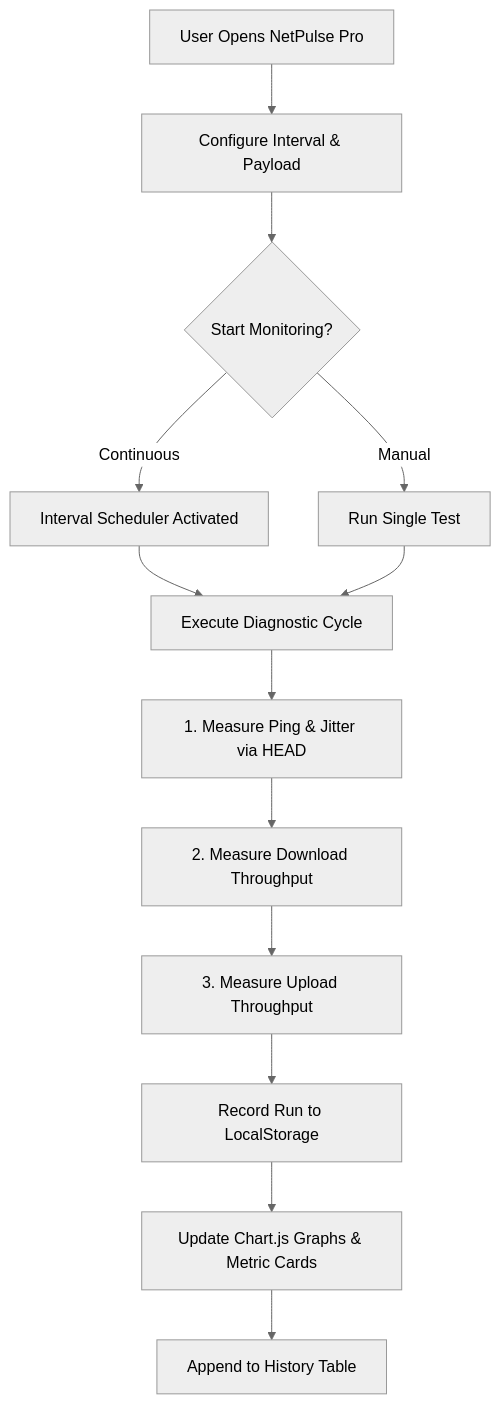
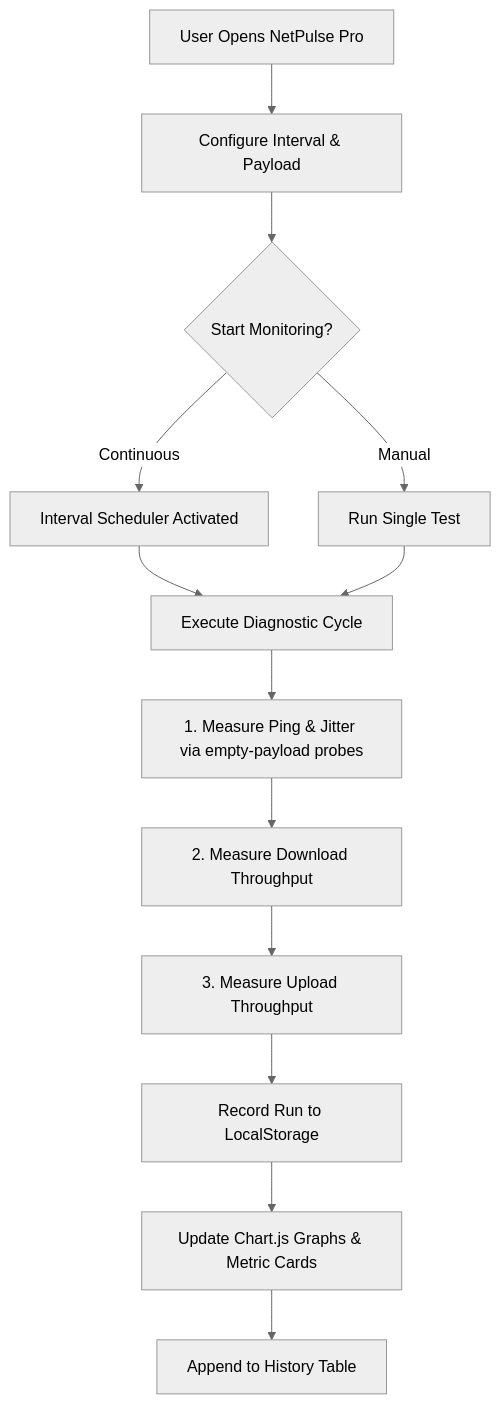
One commit to theneotic/netpulse-pro changed the diagram in README.md. Above: the diagram before and after it, drawn with Mermaid (neutral theme). The commit also changed other lines of this file and 8 other files, not shown here.

````diff
--- a/README.md
+++ b/README.md
@@ -68,15 +90,15 @@
 ```mermaid
 graph TD
     A[User Opens NetPulse Pro] --> B[Configure Interval & Payload]
     B --> C{Start Monitoring?}
     C -->|Continuous| D[Interval Scheduler Activated]
     C -->|Manual| E[Run Single Test]
     D --> F[Execute Diagnostic Cycle]
     E --> F
-    F --> G[1. Measure Ping & Jitter via HEAD]
+    F --> G[1. Measure Ping & Jitter via empty-payload probes]
     G --> H[2. Measure Download Throughput]
     H --> I[3. Measure Upload Throughput]
     I --> J[Record Run to LocalStorage]
     J --> K[Update Chart.js Graphs & Metric Cards]
     K --> L[Append to History Table]
 ```
````
